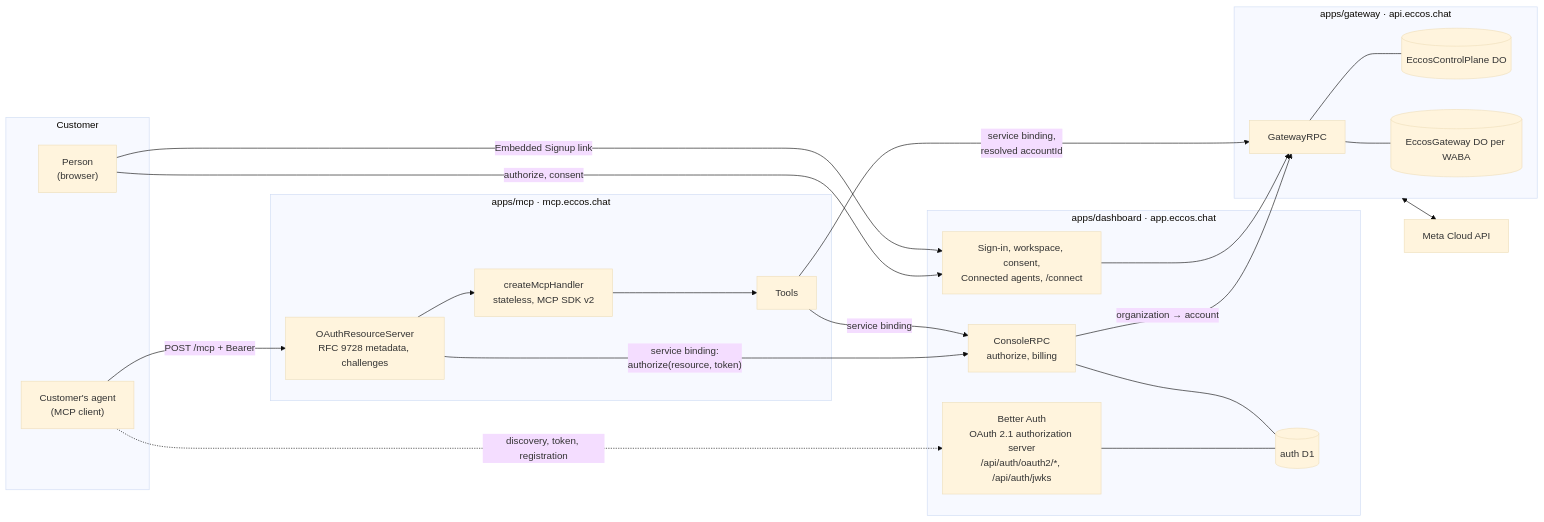
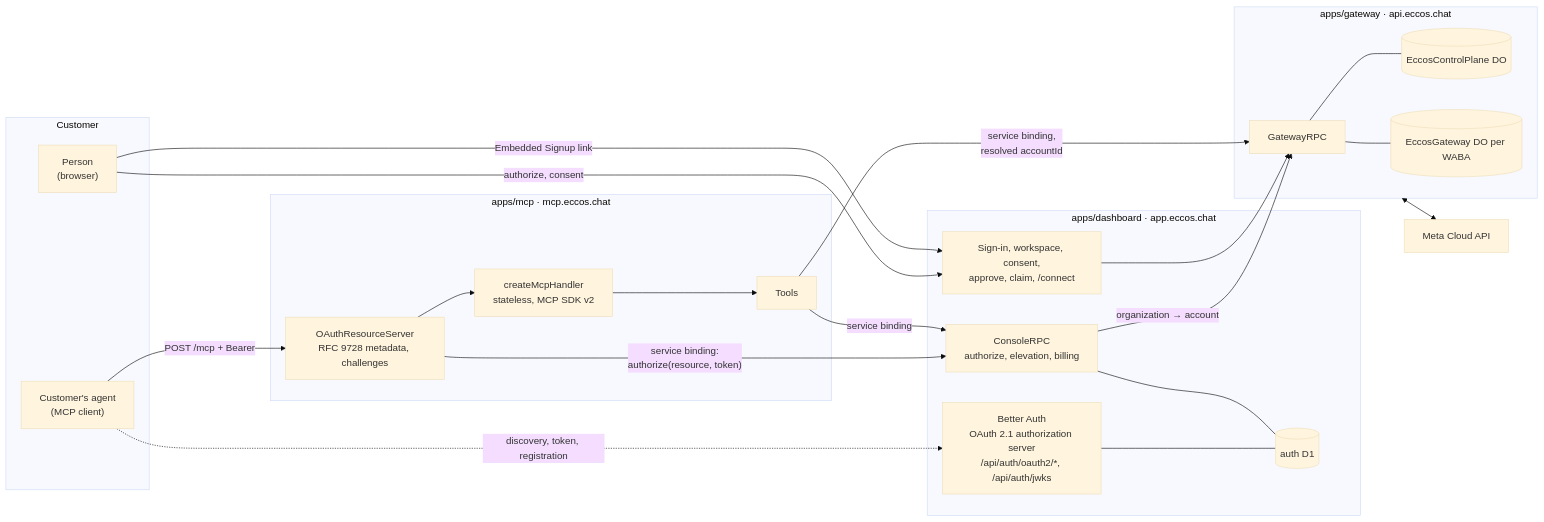
Before and after one commit to santigamo/eccos: the first of 2 diagrams in openspec/changes/add-mcp-server/design.md, drawn with Mermaid (base theme). The commit also changed other lines of this file and 4 other files, not shown here.

````diff
--- a/openspec/changes/add-mcp-server/design.md
+++ b/openspec/changes/add-mcp-server/design.md
@@ -56,42 +60,42 @@
 ```mermaid
 flowchart LR
   subgraph Customer
     Agent["Customer's agent<br/>(MCP client)"]
     Person["Person<br/>(browser)"]
   end
 
   subgraph MCPW["apps/mcp · mcp.eccos.chat"]
     RS["OAuthResourceServer<br/>RFC 9728 metadata, challenges"]
     H["createMcpHandler<br/>stateless, MCP SDK v2"]
     T["Tools"]
     RS --> H --> T
   end
 
   subgraph Console["apps/dashboard · app.eccos.chat"]
     AS["Better Auth<br/>OAuth 2.1 authorization server<br/>/api/auth/oauth2/*, /api/auth/jwks"]
-    UI["Sign-in, workspace, consent,<br/>Connected agents, /connect"]
-    CRPC["ConsoleRPC<br/>authorize, billing"]
+    UI["Sign-in, workspace, consent,<br/>approve, claim, /connect"]
+    CRPC["ConsoleRPC<br/>authorize, elevation, billing"]
     D1[("auth D1")]
     AS --- D1
     CRPC --- D1
   end
 
   subgraph Gateway["apps/gateway · api.eccos.chat"]
     GRPC["GatewayRPC"]
     CP[("EccosControlPlane DO")]
     W[("EccosGateway DO per WABA")]
     GRPC --- CP
     GRPC --- W
   end
 
   Agent -- "POST /mcp + Bearer" --> RS
   Agent -. "discovery, token, registration" .-> AS
   Person -- "authorize, consent" --> UI
   Person -- "Embedded Signup link" --> UI
   RS -- "service binding:<br/>authorize(resource, token)" --> CRPC
   T -- "service binding" --> CRPC
   T -- "service binding,<br/>resolved accountId" --> GRPC
   CRPC -- "organization → account" --> GRPC
   UI --> GRPC
   Gateway <--> Meta["Meta Cloud API"]
 ```
````
